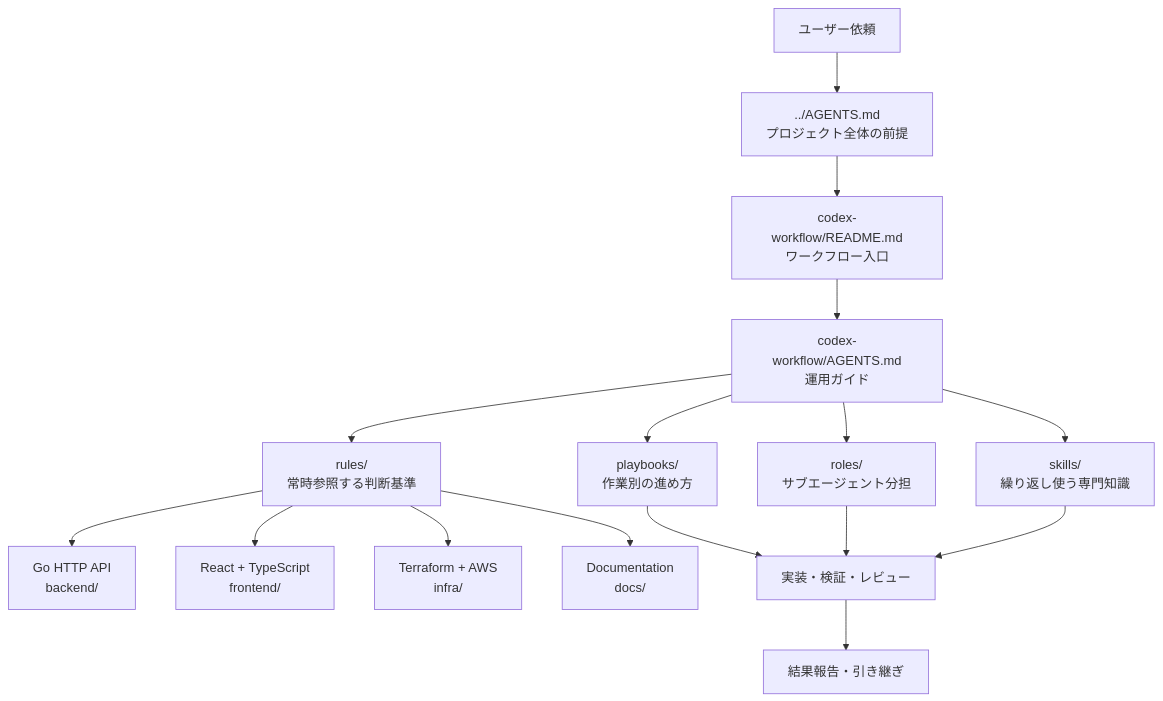
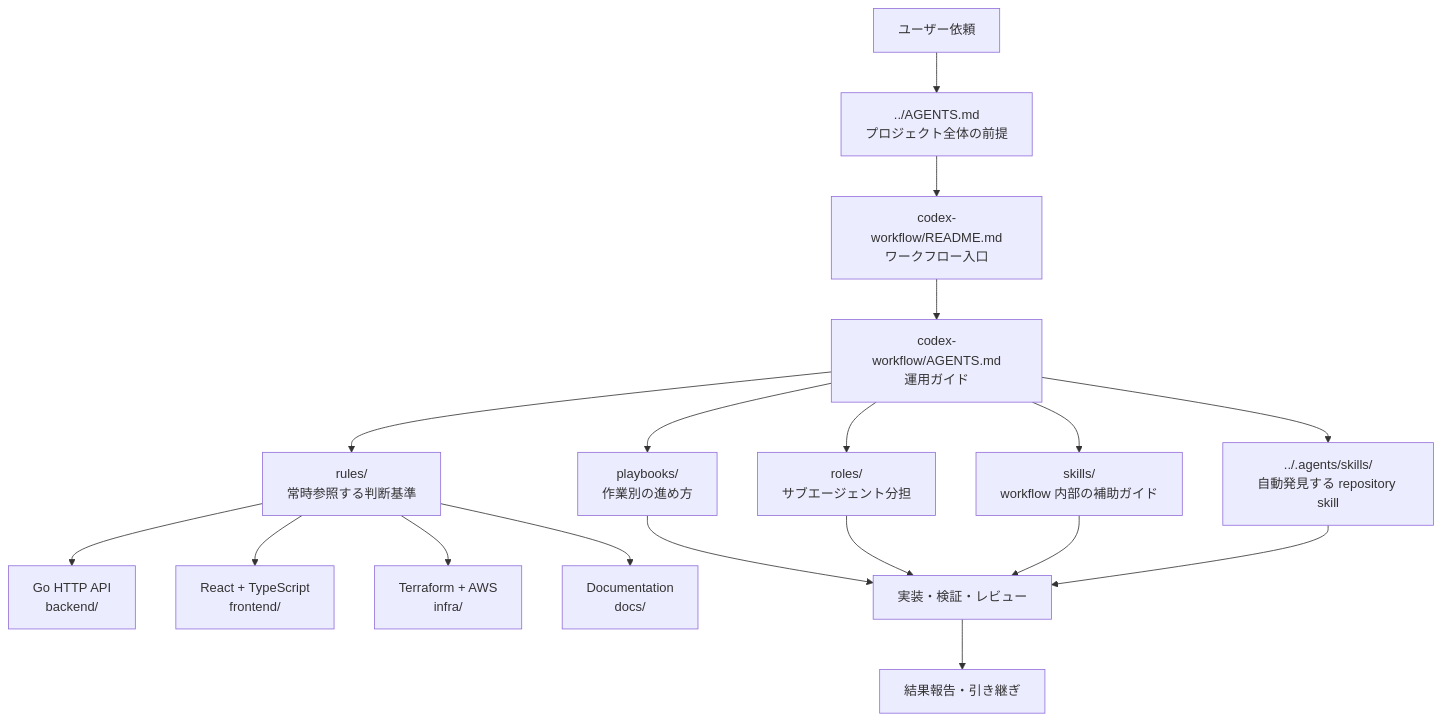
The first of 2 diagrams in codex-workflow/README.md (htakumi08/devlab-board), drawn with Mermaid before and after one commit. The commit also changed other lines of this file and 14 other files, not shown here.

````diff
--- a/codex-workflow/README.md
+++ b/codex-workflow/README.md
@@ -31,21 +36,23 @@
 ```mermaid
 flowchart TD
   User[ユーザー依頼] --> Root[../AGENTS.md<br/>プロジェクト全体の前提]
   Root --> Workflow[codex-workflow/README.md<br/>ワークフロー入口]
   Workflow --> LocalGuide[codex-workflow/AGENTS.md<br/>運用ガイド]
 
   LocalGuide --> Rules[rules/<br/>常時参照する判断基準]
   LocalGuide --> Playbooks[playbooks/<br/>作業別の進め方]
   LocalGuide --> Roles[roles/<br/>サブエージェント分担]
-  LocalGuide --> Skills[skills/<br/>繰り返し使う専門知識]
+  LocalGuide --> Skills[skills/<br/>workflow 内部の補助ガイド]
+  LocalGuide --> RepoSkills[../.agents/skills/<br/>自動発見する repository skill]
 
   Rules --> Backend[Go HTTP API<br/>backend/]
   Rules --> Frontend[React + TypeScript<br/>frontend/]
   Rules --> Terraform[Terraform + AWS<br/>infra/]
   Rules --> Docs[Documentation<br/>docs/]
 
   Playbooks --> Work[実装・検証・レビュー]
   Roles --> Work
   Skills --> Work
+  RepoSkills --> Work
   Work --> Handoff[結果報告・引き継ぎ]
 ```
````
